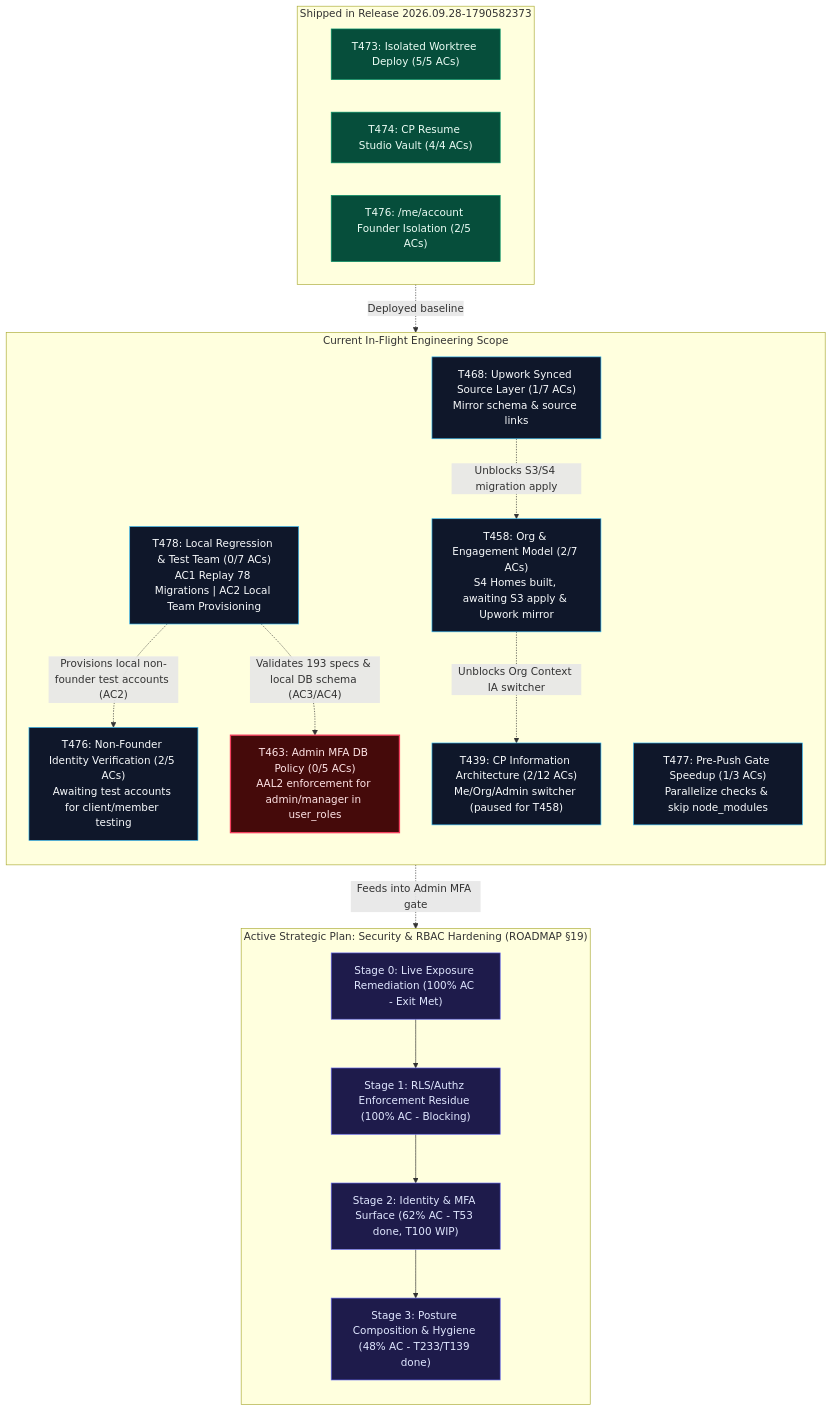
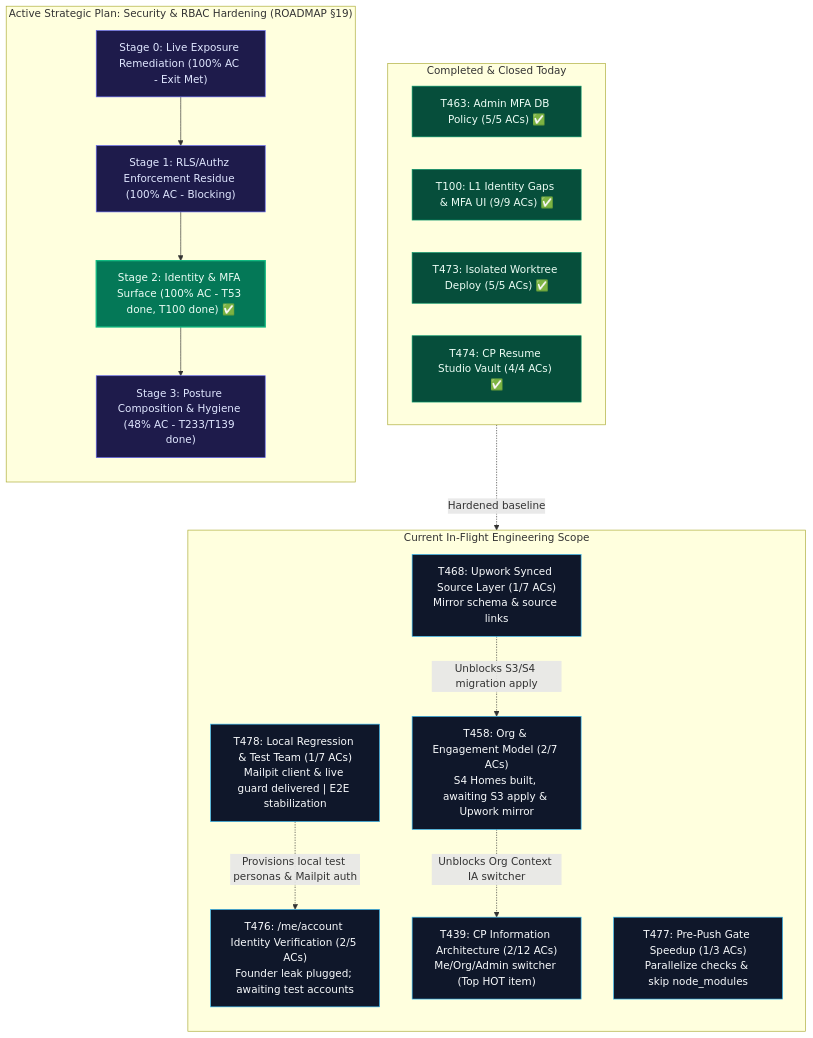
Before and after one commit to webomage/a2ui-vinext: the diagram in .agents/reports/2026-09-28-t478-plan-progress.mmd, drawn with Mermaid.

Commit message:
docs(reports): update plan progress diagram with T100 closure and Stage 2 milestone (#100, #478)

```diff
--- a/.agents/reports/2026-09-28-t478-plan-progress.mmd
+++ b/.agents/reports/2026-09-28-t478-plan-progress.mmd
@@ -1,44 +1,42 @@
 flowchart TD
-  subgraph Shipped ["Shipped in Release 2026.09.28-1790582373"]
-    T473["T473: Isolated Worktree Deploy (5/5 ACs)"]
-    T474["T474: CP Resume Studio Vault (4/4 ACs)"]
-    T476_part["T476: /me/account Founder Isolation (2/5 ACs)"]
+  subgraph CompletedDone ["Completed & Closed Today"]
+    T463["T463: Admin MFA DB Policy (5/5 ACs) ✅"]
+    T100["T100: L1 Identity Gaps & MFA UI (9/9 ACs) ✅"]
+    T473["T473: Isolated Worktree Deploy (5/5 ACs) ✅"]
+    T474["T474: CP Resume Studio Vault (4/4 ACs) ✅"]
   end
 
   subgraph CanonicalPlan ["Active Strategic Plan: Security & RBAC Hardening (ROADMAP §19)"]
     direction TB
     S0["Stage 0: Live Exposure Remediation (100% AC - Exit Met)"]
     S1["Stage 1: RLS/Authz Enforcement Residue (100% AC - Blocking)"]
-    S2["Stage 2: Identity & MFA Surface (62% AC - T53 done, T100 WIP)"]
+    S2["Stage 2: Identity & MFA Surface (100% AC - T53 done, T100 done) ✅"]
     S3["Stage 3: Posture Composition & Hygiene (48% AC - T233/T139 done)"]
     S0 --> S1 --> S2 --> S3
   end
 
   subgraph CurrentWIP ["Current In-Flight Engineering Scope"]
     direction TB
-    T478["T478: Local Regression & Test Team (0/7 ACs)<br/>AC1 Replay 78 Migrations | AC2 Local Team Provisioning"]
-    T476["T476: Non-Founder Identity Verification (2/5 ACs)<br/>Awaiting test accounts for client/member testing"]
-    T463["T463: Admin MFA DB Policy (0/5 ACs)<br/>AAL2 enforcement for admin/manager in user_roles"]
+    T478["T478: Local Regression & Test Team (1/7 ACs)<br/>Mailpit client & live guard delivered | E2E stabilization"]
+    T439["T439: CP Information Architecture (2/12 ACs)<br/>Me/Org/Admin switcher (Top HOT item)"]
+    T476["T476: /me/account Identity Verification (2/5 ACs)<br/>Founder leak plugged; awaiting test accounts"]
     T468["T468: Upwork Synced Source Layer (1/7 ACs)<br/>Mirror schema & source links"]
     T458["T458: Org & Engagement Model (2/7 ACs)<br/>S4 Homes built, awaiting S3 apply & Upwork mirror"]
-    T439["T439: CP Information Architecture (2/12 ACs)<br/>Me/Org/Admin switcher (paused for T458)"]
     T477["T477: Pre-Push Gate Speedup (1/3 ACs)<br/>Parallelize checks & skip node_modules"]
   end
 
   %% Inter-ticket and Plan Dependencies
-  T478 -.->|"Provisions local non-founder test accounts (AC2)"| T476
-  T478 -.->|"Validates 193 specs & local DB schema (AC3/AC4)"| T463
+  T478 -.->|"Provisions local test personas & Mailpit auth"| T476
   T468 -.->|"Unblocks S3/S4 migration apply"| T458
   T458 -.->|"Unblocks Org Context IA switcher"| T439
-  T463 -.->|"Feeds into Admin MFA gate"| S2
-  Shipped -.->|"Deployed baseline"| CurrentWIP
+  CompletedDone -.->|"Hardened baseline"| CurrentWIP
 
   classDef shipped fill:#064e3b,stroke:#059669,stroke-width:1px,color:#ecfdf5;
   classDef plan fill:#1e1b4b,stroke:#6366f1,stroke-width:1px,color:#e0e7ff;
   classDef wip fill:#0f172a,stroke:#38bdf8,stroke-width:1px,color:#f8fafc;
-  classDef critical fill:#450a0a,stroke:#f43f5e,stroke-width:2px,color:#ffe4e6;
+  classDef stageDone fill:#047857,stroke:#10b981,stroke-width:2px,color:#ecfdf5;
 
-  class T473,T474,T476_part shipped;
-  class S0,S1,S2,S3 plan;
-  class T478,T476,T468,T458,T439,T477 wip;
-  class T463 critical;
+  class T463,T100,T473,T474 shipped;
+  class S0,S1,S3 plan;
+  class S2 stageDone;
+  class T478,T439,T476,T468,T458,T477 wip;
```
